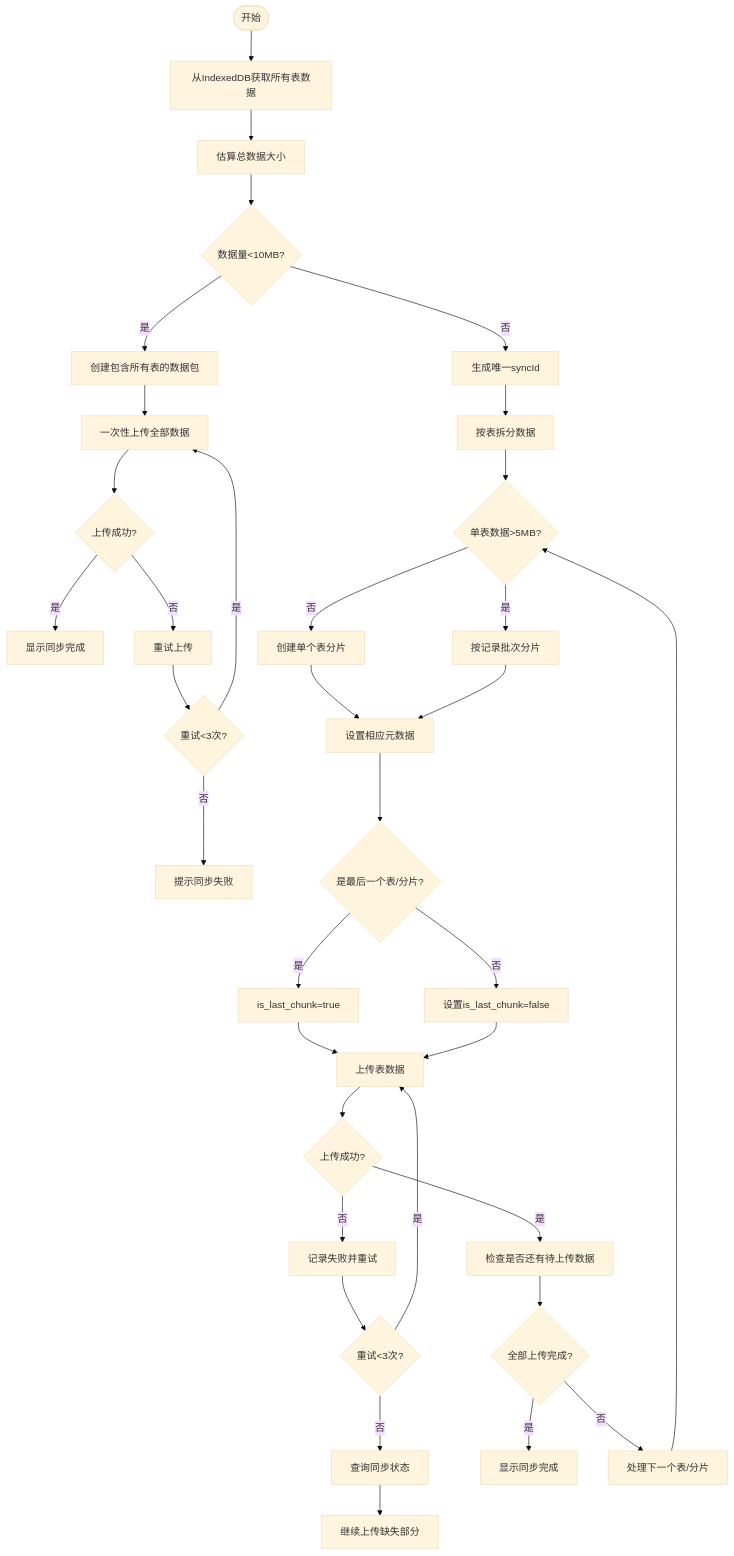
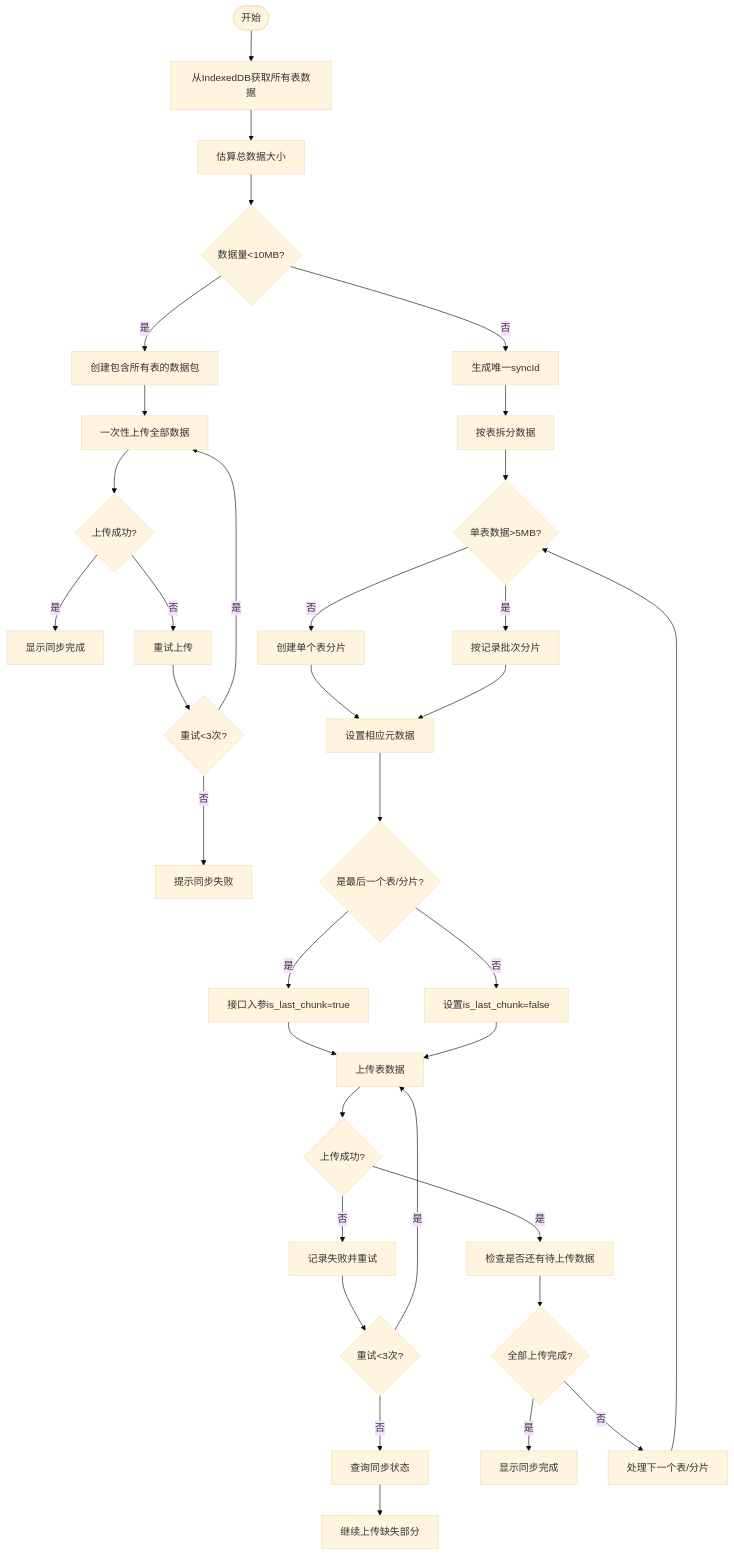
Before and after one commit to yingjianzh/iodraw-files: the diagram in all/未命名-62.md, drawn with Mermaid (base theme).

Commit message:
2025-05-16 14:42:22 update

````diff
--- a/all/未命名-62.md
+++ b/all/未命名-62.md
@@ -1,43 +1,43 @@
 ```mermaid
 
 flowchart TD
     A([开始]) -->E[从IndexedDB获取所有表数据]
     E --> F[估算总数据大小]
     F --> G{数据量<10MB?}
     
     %% 小数据量处理流程
     G -->|是| H[创建包含所有表的数据包]
     H --> J[一次性上传全部数据]
     J --> K{上传成功?}
     K -->|是| L[显示同步完成]
     K -->|否| M[重试上传]
     M --> N{重试<3次?}
     N -->|是| J
     N -->|否| O[提示同步失败]
     
     %% 中大数据量处理流程
     G -->|否| P[生成唯一syncId]
     P --> Q[按表拆分数据]
     Q --> R{单表数据>5MB?}
     R -->|否| S[创建单个表分片]
     R -->|是| T[按记录批次分片]
     S --> U[设置相应元数据]
     T --> U
     U --> V{是最后一个表/分片?}
-    V -->|是| W[is_last_chunk=true]
+    V -->|是| W[接口入参is_last_chunk=true]
     V -->|否| X[设置is_last_chunk=false]
     W --> Y[上传表数据]
     X --> Y
     Y --> Z{上传成功?}
     Z -->|是| AA[检查是否还有待上传数据]
     Z -->|否| AB[记录失败并重试]
     AB --> AC{重试<3次?}
     AC -->|是| Y
     AC -->|否| AD[查询同步状态]
     AD --> AE[继续上传缺失部分]
     AA --> AF{全部上传完成?}
     AF -->|是| AG[显示同步完成]
     AF -->|否| AH[处理下一个表/分片]
     AH --> R
 
 ```
````
